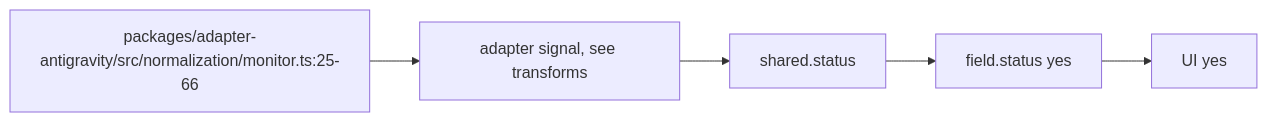
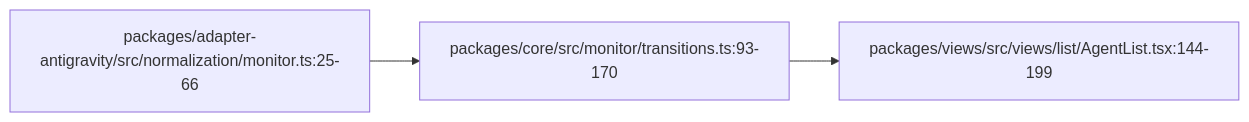
Before and after one commit to vibefield/puppeteer: the diagram in audit/godview/evidence/antigravity/status.mmd, drawn with Mermaid. The commit also changed 1255 other files, not shown here.

```diff
--- a/audit/godview/evidence/antigravity/status.mmd
+++ b/audit/godview/evidence/antigravity/status.mmd
@@ -1,11 +1,9 @@
-%% graph_ref: shared.status
-%% adapter: antigravity
-%% field: field.status
-%% forensic: source-read at 748d015; not a live sample
+%% graph_ref: path.status
+%% shared_map: 07e71c9bcb9532fc181e3f667f2d0ed2e7c9afaf
+%% forensic: source-read 748d015a7e393112e0a91dad80111fdf5abe6583; not a live sample
 flowchart LR
-  src["packages/adapter-antigravity/src/normalization/monitor.ts:25-66"]
-  raw["adapter signal, see transforms"]
-  shared["shared.status"]
-  row["field.status yes"]
-  ui["UI yes"]
-  src --> raw --> shared --> row --> ui
+  n0["packages/adapter-antigravity/src/normalization/monitor.ts:25-66"]
+  n1["packages/core/src/monitor/transitions.ts:93-170"]
+  n0 --> n1
+  n2["packages/views/src/views/list/AgentList.tsx:144-199"]
+  n1 --> n2
```
